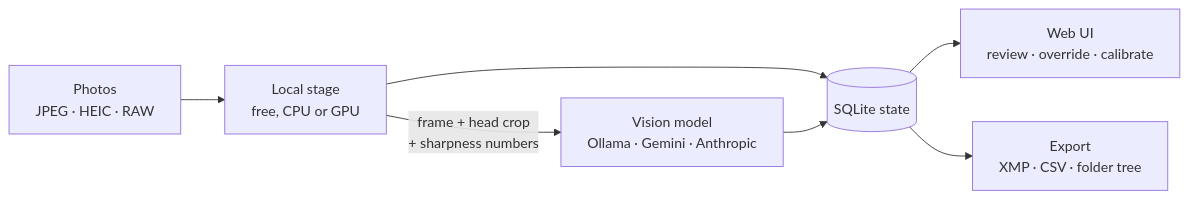
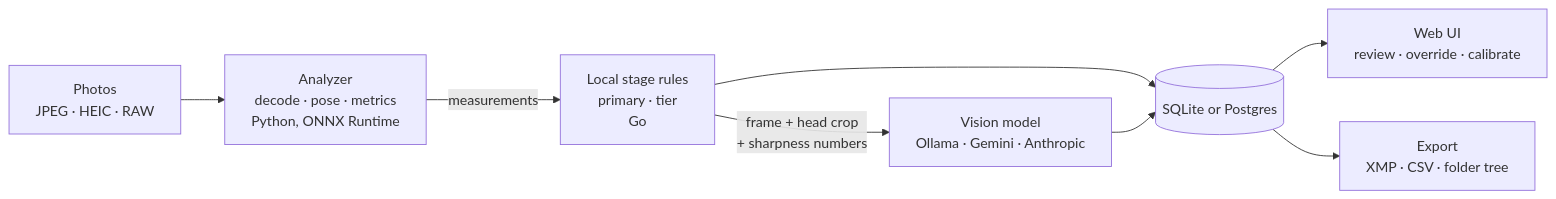
Before and after one commit to mononendev/photosort: the diagram in README.md, drawn with Mermaid. The commit also changed other lines of this file and 6 other files, not shown here.

First line of the commit message:
Docs for the Go backend, the analyzer, ONNX pose models and Postgres; models get pulls torch only for YOLO

````diff
--- a/README.md
+++ b/README.md
@@ -45,9 +46,10 @@
 ```mermaid
 flowchart LR
-    A[Photos<br/>JPEG · HEIC · RAW] --> B[Local stage<br/>free, CPU or GPU]
+    A[Photos<br/>JPEG · HEIC · RAW] --> AN[Analyzer<br/>decode · pose · metrics<br/>Python, ONNX Runtime]
+    AN -->|measurements| B[Local stage rules<br/>primary · tier<br/>Go]
     B -->|frame + head crop<br/>+ sharpness numbers| C[Vision model<br/>Ollama · Gemini · Anthropic]
-    B --> D[(SQLite state)]
+    B --> D[(SQLite or Postgres)]
     C --> D
     D --> E[Web UI<br/>review · override · calibrate]
     D --> F[Export<br/>XMP · CSV · folder tree]
 ```
````
